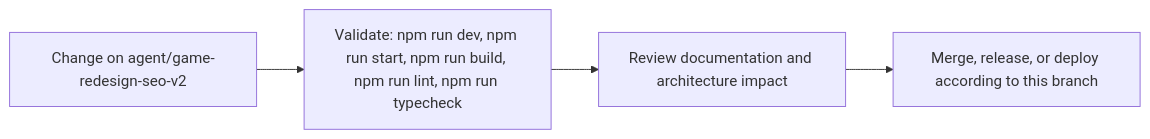
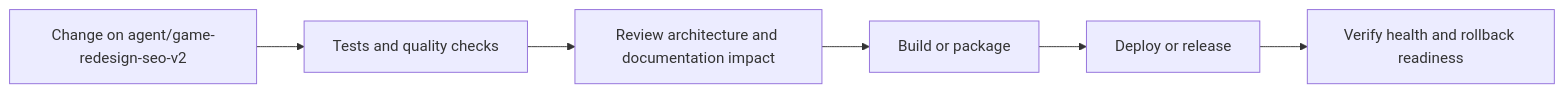
One commit to Nischhalsubba/blink-and-find changed the sixth of 7 diagrams in README.md. Above: the diagram before and after it, drawn with Mermaid. The commit also changed other lines of this file, not shown here.

````diff
--- a/README.md
+++ b/README.md
@@ -88,8 +202,8 @@
 ```mermaid
 flowchart LR
-    CHANGE["Change on agent/game-redesign-seo-v2"]
-    CHECK["Validate: npm run dev, npm run start, npm run build, npm run lint, npm run typecheck"]
-    REVIEW["Review documentation and architecture impact"]
-    RELEASE["Merge, release, or deploy according to this branch"]
-    CHANGE --> CHECK --> REVIEW --> RELEASE
+    CHANGE["Change on agent/game-redesign-seo-v2"] --> CHECK["Tests and quality checks"]
+    CHECK --> REVIEW["Review architecture and documentation impact"]
+    REVIEW --> BUILD["Build or package"]
+    BUILD --> DEPLOY["Deploy or release"]
+    DEPLOY --> VERIFY["Verify health and rollback readiness"]
 ```
````
